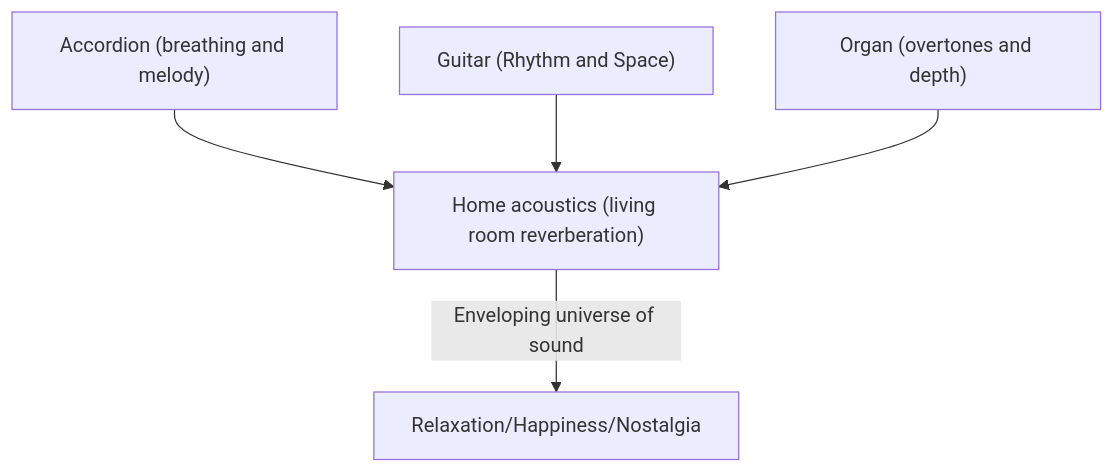
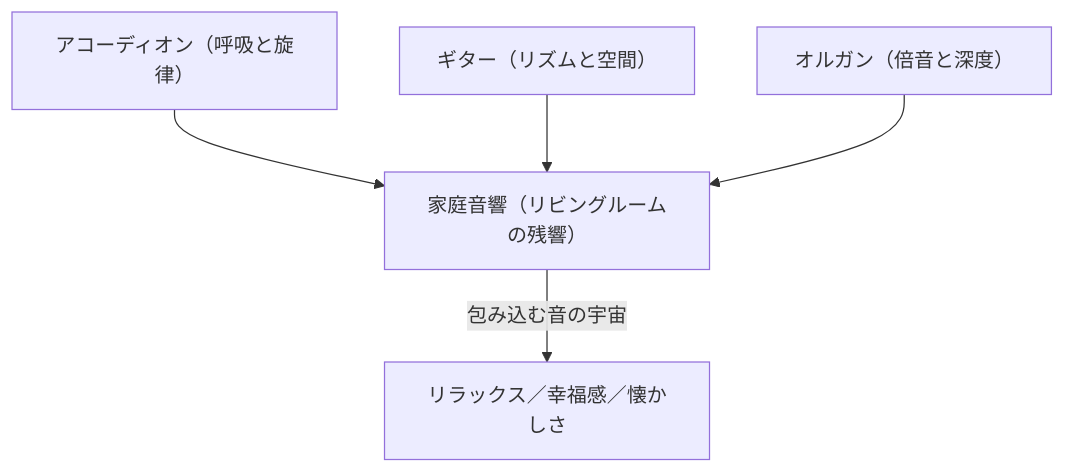
Before and after one commit to monumental-movement/monumental-movement.github.io: the second of 2 diagrams in en/_posts/2025-10-28-column-three-suns.md, drawn with Mermaid. The commit also changed other lines of this file and 1724 other files, not shown here.

```diff
--- a/en/_posts/2025-10-28-column-three-suns.md
+++ b/en/_posts/2025-10-28-column-three-suns.md
@@ -177,14 +175,14 @@
 <div class="mermaid">
 
 flowchart TD
-A["Accordion (breathing and melody)"]
-B["Guitar (Rhythm and Space)"]
-C["Organ (overtones and depth)"]
-D["Home acoustics (living room reverberation)"]
+    A["アコーディオン（呼吸と旋律）"]
+    B["ギター（リズムと空間）"]
+    C["オルガン（倍音と深度）"]
+    D["家庭音響（リビングルームの残響）"]
 
-A --> D
-B --> D
-C --> D
-D -->|"Enveloping universe of sound"| E["Relaxation/Happiness/Nostalgia"]
+    A --> D
+    B --> D
+    C --> D
+    D -->|"包み込む音の宇宙"| E["リラックス／幸福感／懐かしさ"]
 
 </div>
```
